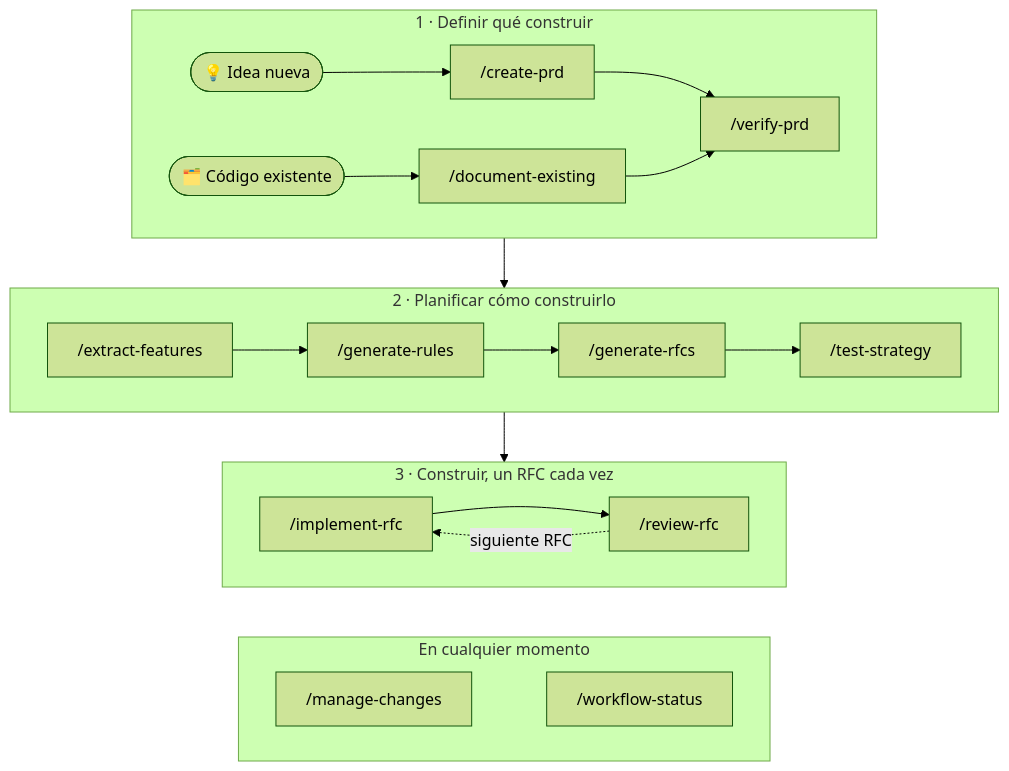
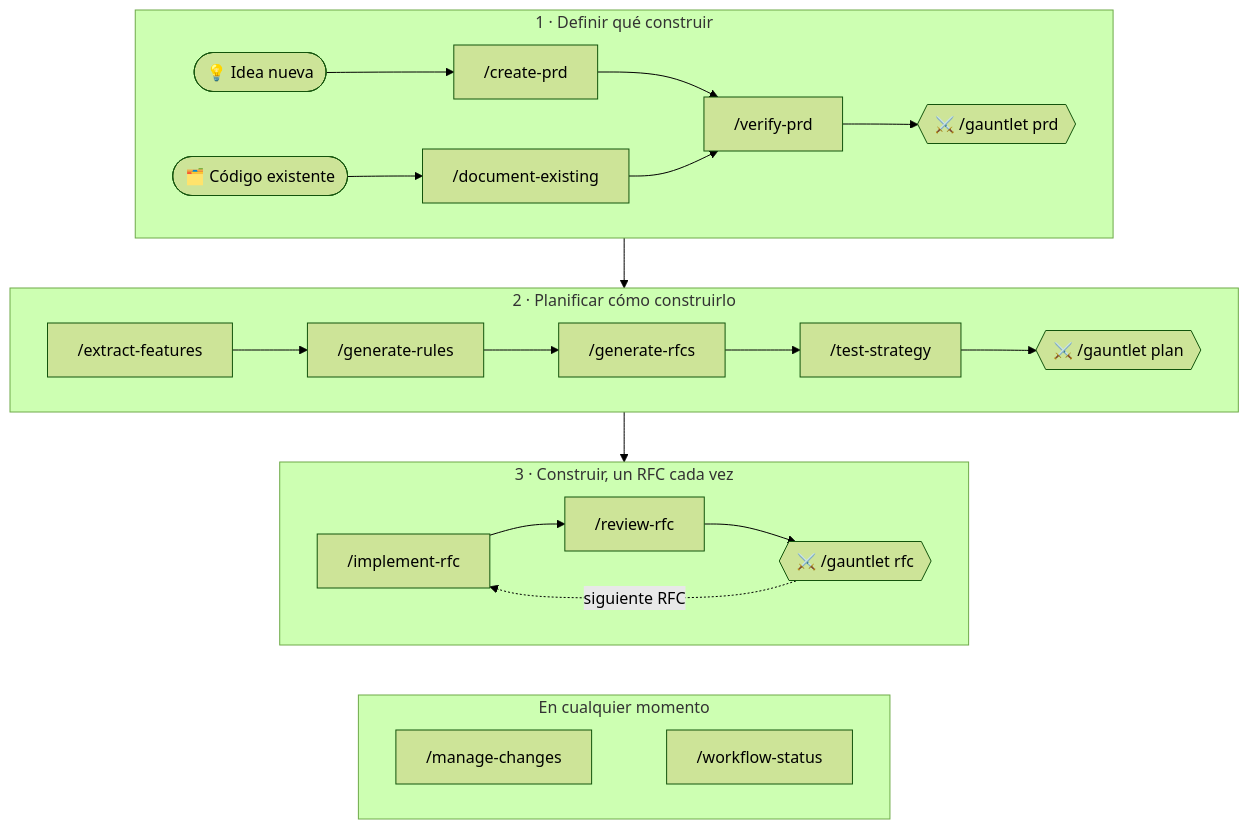
One commit to nurettincoban/ai-prd-workflow changed the diagram in README.es.md. Above: the diagram before and after it, drawn with Mermaid (forest theme). The commit also changed other lines of this file and 33 other files, not shown here.

````diff
--- a/README.es.md
+++ b/README.es.md
@@ -86,23 +91,24 @@
 ```mermaid
 flowchart TB
     subgraph define ["1 · Definir qué construir"]
         direction LR
         idea([💡 Idea nueva]) --> create["/create-prd"] --> verify["/verify-prd"]
         code([🗂️ Código existente]) --> document["/document-existing"] --> verify
+        verify --> g1{{"⚔️ /gauntlet prd"}}
     end
     subgraph plan ["2 · Planificar cómo construirlo"]
         direction LR
-        features["/extract-features"] --> rules["/generate-rules"] --> rfcs["/generate-rfcs"] --> tests["/test-strategy"]
+        features["/extract-features"] --> rules["/generate-rules"] --> rfcs["/generate-rfcs"] --> tests["/test-strategy"] --> g2{{"⚔️ /gauntlet plan"}}
     end
     subgraph build ["3 · Construir, un RFC cada vez"]
         direction LR
-        implement["/implement-rfc"] --> review["/review-rfc"]
-        review -.->|siguiente RFC| implement
+        implement["/implement-rfc"] --> review["/review-rfc"] --> g3{{"⚔️ /gauntlet rfc"}}
+        g3 -.->|siguiente RFC| implement
     end
     subgraph anytime ["En cualquier momento"]
         direction LR
         changes["/manage-changes"] ~~~ status["/workflow-status"]
     end
     define --> plan --> build
     build ~~~ anytime
 ```
````
